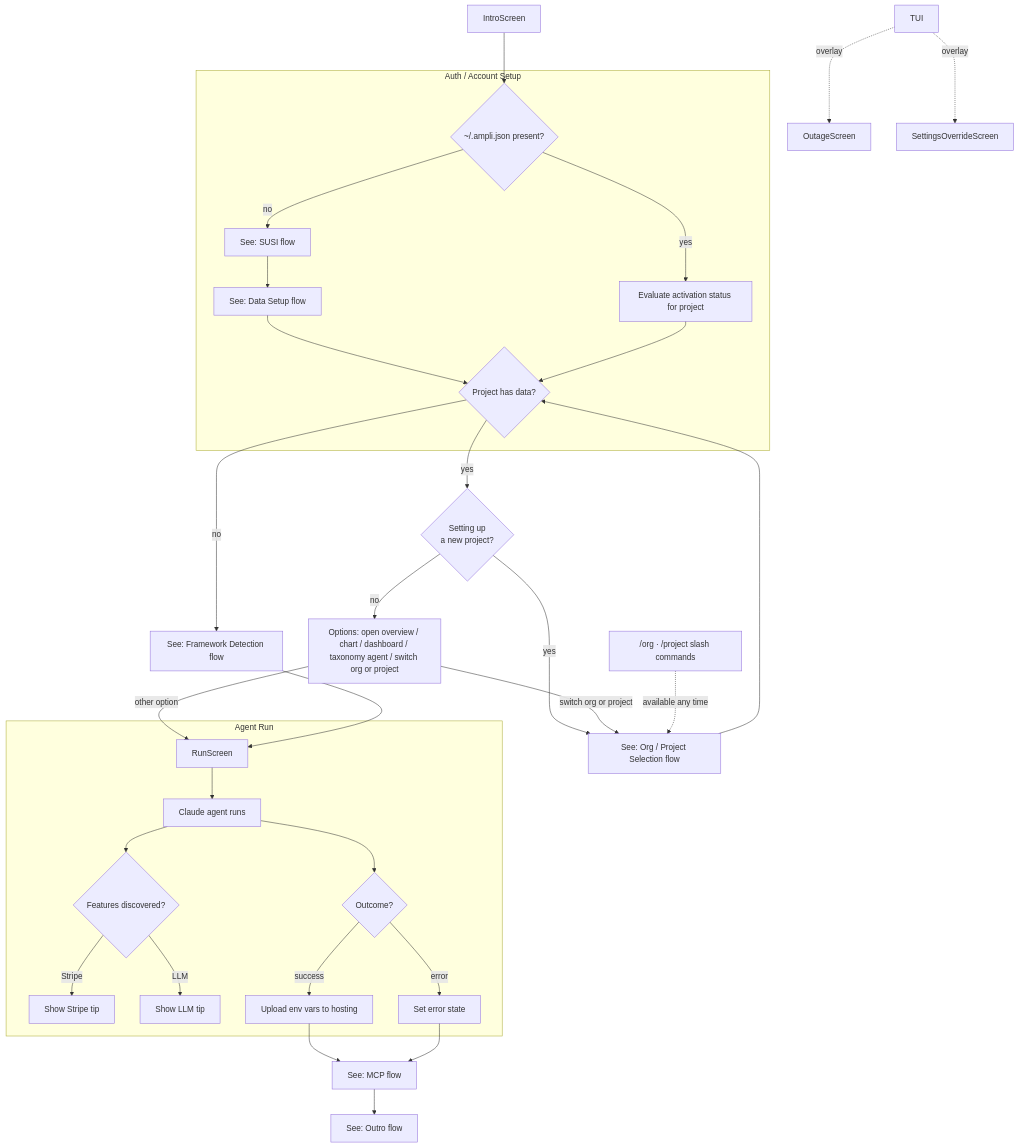
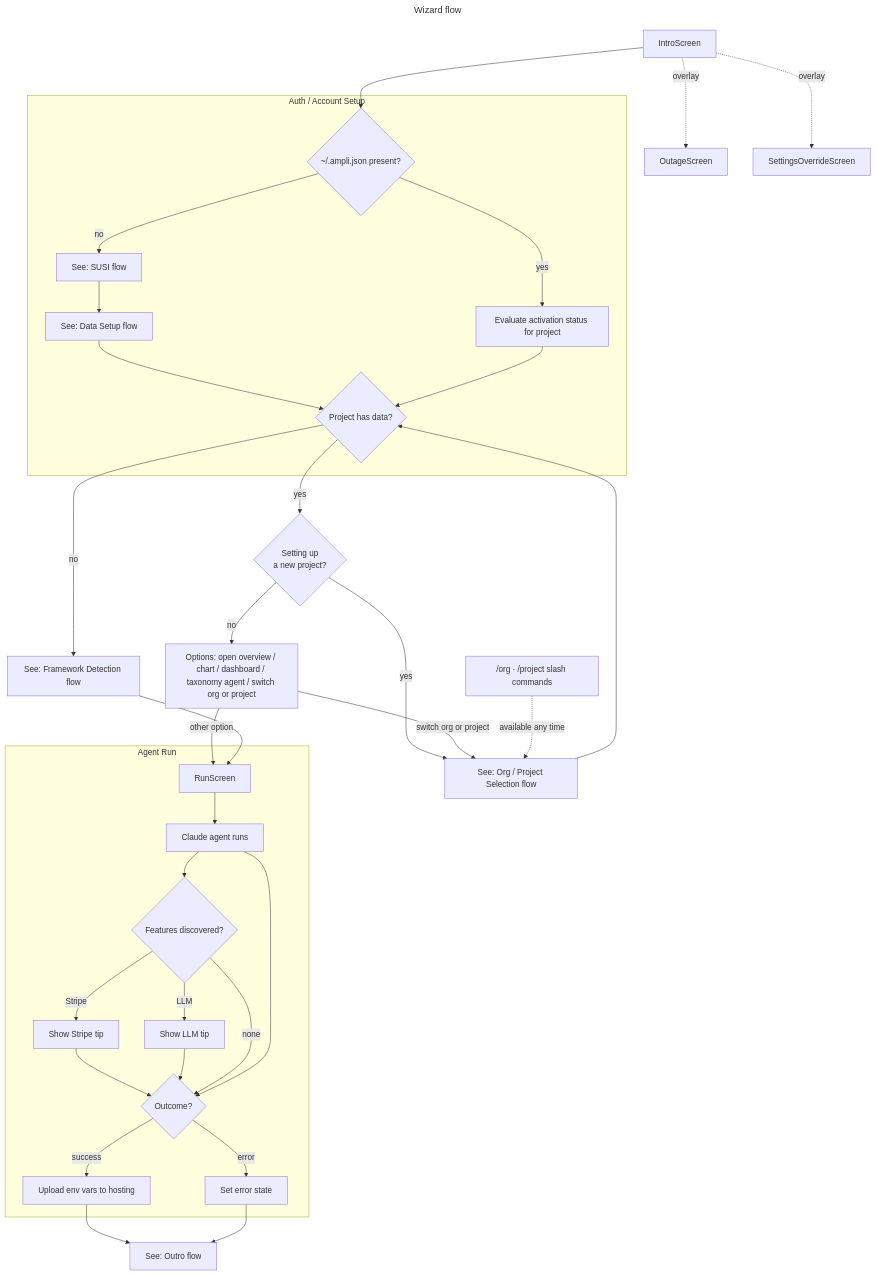
The diagram in docs/diagrams/wizard-flow.mmd (amplitude/wizard), drawn with Mermaid before and after one commit. The commit also changed 17 other files, not shown here.

First line of the commit message:
Add CLAUDE.md, expand flows, and update docs

```diff
--- a/docs/diagrams/wizard-flow.mmd
+++ b/docs/diagrams/wizard-flow.mmd
@@ -1,42 +1,44 @@
+---
+title: Wizard flow
+---
 flowchart TD
     START["IntroScreen"] --> AUTH_CHECK
 
     subgraph AUTH ["Auth / Account Setup"]
         AUTH_CHECK{~/.ampli.json present?}
         AUTH_CHECK -->|yes| ACTIVATION["Evaluate activation status for project"]
         AUTH_CHECK -->|no| SUSI["See: SUSI flow"]
         SUSI --> DATA_SETUP["See: Data Setup flow"]
         DATA_SETUP --> DATA_CHECK
         ACTIVATION --> DATA_CHECK
     end
 
     DATA_CHECK{Project has data?}
     DATA_CHECK -->|no| FRAMEWORK["See: Framework Detection flow"]
-    DATA_CHECK -->|yes| NEW_PROJECT{Setting up\na new project?}
+    DATA_CHECK -->|yes| NEW_PROJECT{Setting up<br/>a new project?}
     NEW_PROJECT -->|yes| ORG_PROJECT["See: Org / Project Selection flow"]
     NEW_PROJECT -->|no| OPTIONS["Options: open overview / chart / dashboard / taxonomy agent / switch org or project"]
     ORG_PROJECT --> DATA_CHECK
 
     OPTIONS -->|switch org or project| ORG_PROJECT
     OPTIONS -->|other option| RUN
     FRAMEWORK --> RUN
 
     SLASH_CMD["/org · /project slash commands"] -. available any time .-> ORG_PROJECT
 
     subgraph AGENT_RUN ["Agent Run"]
         RUN["RunScreen"] --> AGENT["Claude agent runs"]
         AGENT --> FEATURES{Features discovered?}
-        FEATURES -->|Stripe| STRIPE_TIP["Show Stripe tip"]
-        FEATURES -->|LLM| LLM_TIP["Show LLM tip"]
+        FEATURES -->|Stripe| STRIPE_TIP["Show Stripe tip"] --> OUTCOME
+        FEATURES -->|LLM| LLM_TIP["Show LLM tip"] --> OUTCOME
+        FEATURES -->|none| OUTCOME
         AGENT --> OUTCOME{Outcome?}
         OUTCOME -->|success| POST["Upload env vars to hosting"]
         OUTCOME -->|error| ERR["Set error state"]
     end
 
-    POST --> MCP["See: MCP flow"]
-    ERR --> MCP
+    POST --> OUTRO["See: Outro flow"]
+    ERR --> OUTRO
 
-    MCP --> OUTRO["See: Outro flow"]
-
-    TUI -. overlay .-> OUTAGE["OutageScreen"]
-    TUI -. overlay .-> SETTINGS_OVR["SettingsOverrideScreen"]
+    START -. overlay .-> OUTAGE["OutageScreen"]
+    START -. overlay .-> SETTINGS_OVR["SettingsOverrideScreen"]
```
